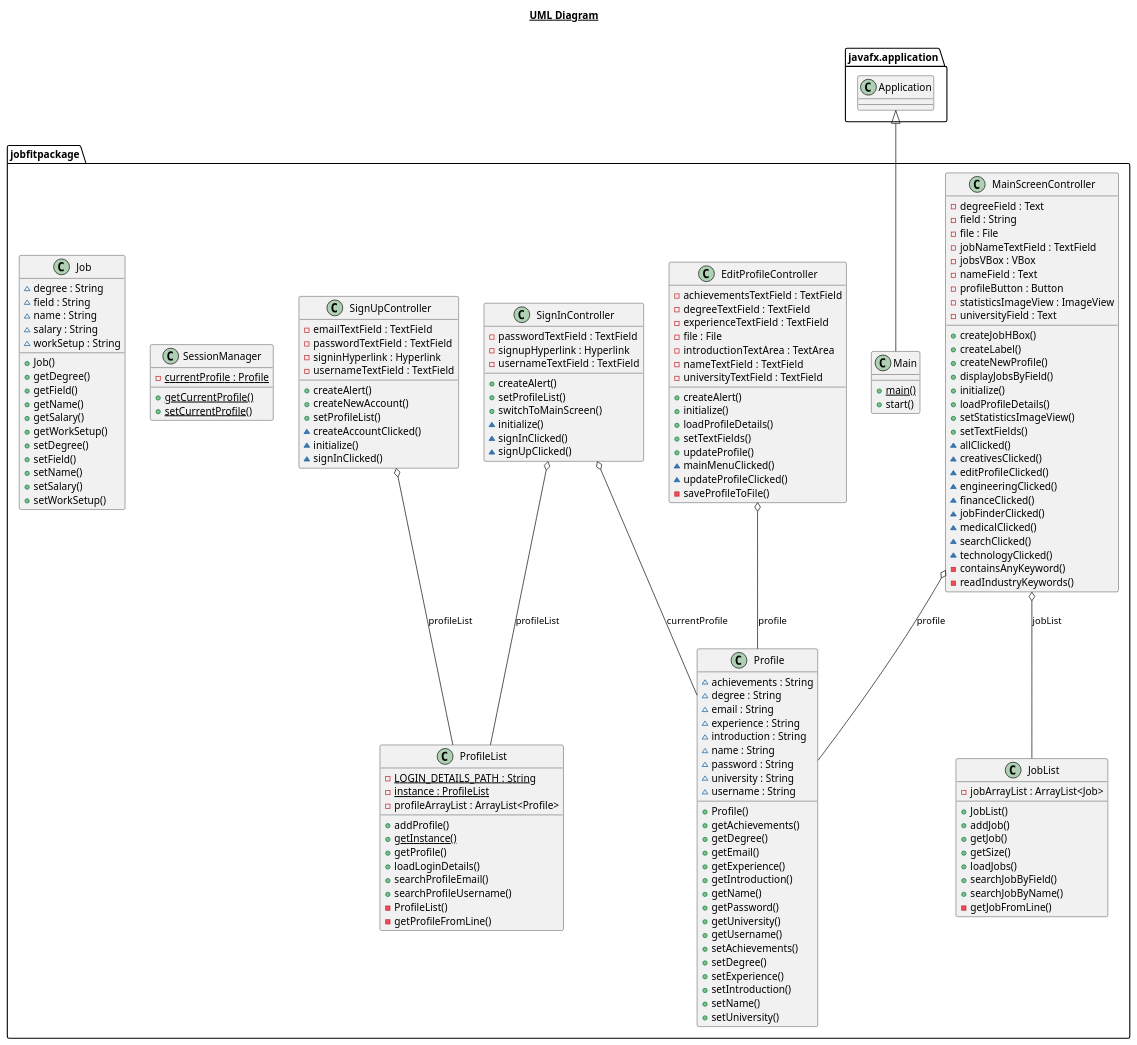
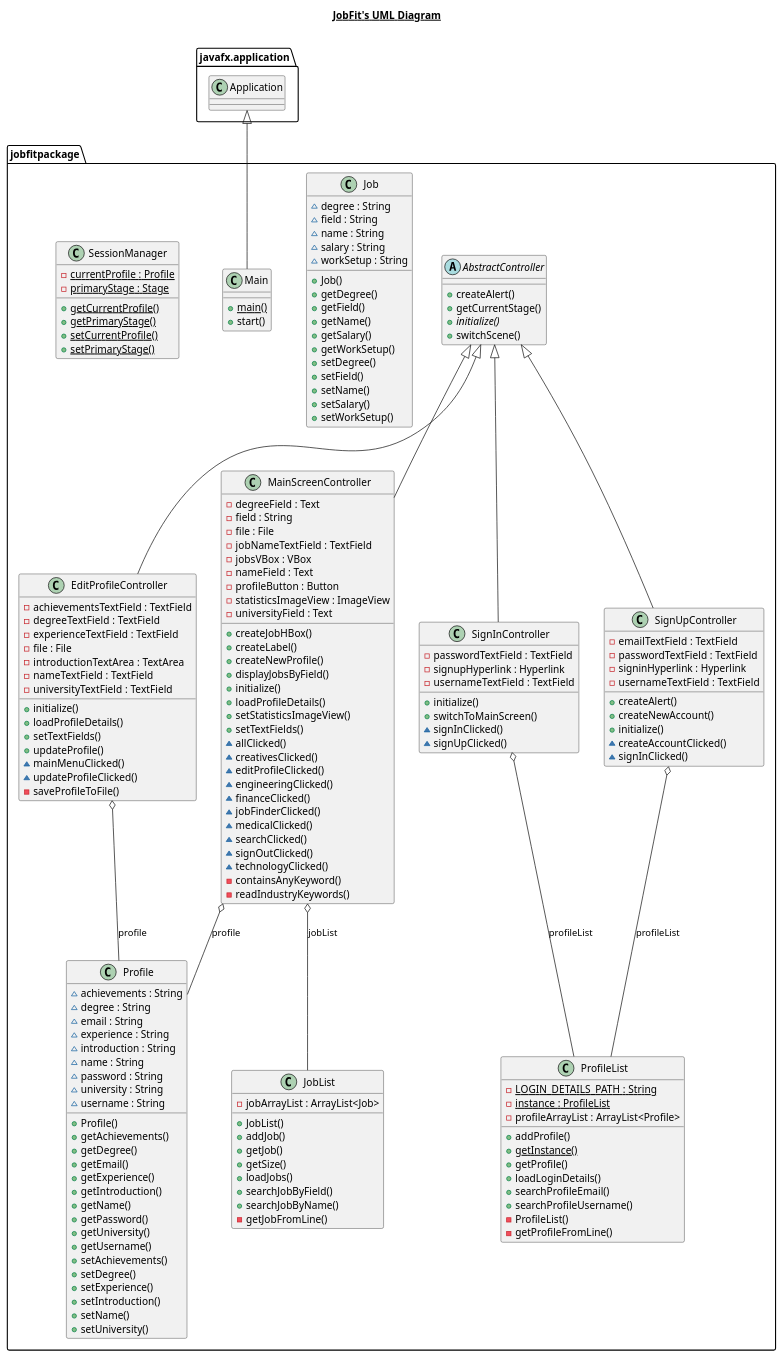
The diagram in JobFitPUML.plantuml (Cycromous/oo3RedProject), drawn with PlantUML before and after one commit. The commit also changed 4 other files, not shown here.

```diff
--- a/JobFitPUML.plantuml
+++ b/JobFitPUML.plantuml
@@ -1,11 +1,21 @@
 @startuml
 
-title __UML Diagram__\n
+title __JobFit's UML Diagram__\n
 
 set namespaceseparator none
 
 namespace javafx.application {
   class Application {}
+}
+
+
+namespace jobfitpackage {
+  abstract class AbstractController {
+      + createAlert()
+      + getCurrentStage()
+      {abstract} + initialize()
+      + switchScene()
+  }
 }
 
 namespace jobfitpackage {
@@ -17,7 +27,6 @@
       - introductionTextArea : TextArea
       - nameTextField : TextField
       - universityTextField : TextField
-      + createAlert()
       + initialize()
       + loadProfileDetails()
       + setTextFields()
@@ -29,34 +38,25 @@
 }
 
 namespace jobfitpackage {
-    class Profile {
-        ~ achievements : String
-        ~ degree : String
-        ~ email : String
-        ~ experience : String
-        ~ introduction : String
-        ~ name : String
-        ~ password : String
-        ~ university : String
-        ~ username : String
-        + Profile()
-        + getAchievements()
-        + getDegree()
-        + getEmail()
-        + getExperience()
-        + getIntroduction()
-        + getName()
-        + getPassword()
-        + getUniversity()
-        + getUsername()
-        + setAchievements()
-        + setDegree()
-        + setExperience()
-        + setIntroduction()
-        + setName()
-        + setUniversity()
-    }
+  class Job {
+      ~ degree : String
+      ~ field : String
+      ~ name : String
+      ~ salary : String
+      ~ workSetup : String
+      + Job()
+      + getDegree()
+      + getField()
+      + getName()
+      + getSalary()
+      + getWorkSetup()
+      + setDegree()
+      + setField()
+      + setName()
+      + setSalary()
+      + setWorkSetup()
   }
+}
 
 namespace jobfitpackage {
   class JobList {
@@ -106,9 +106,40 @@
       ~ jobFinderClicked()
       ~ medicalClicked()
       ~ searchClicked()
+      ~ signOutClicked()
       ~ technologyClicked()
       - containsAnyKeyword()
       - readIndustryKeywords()
+  }
+}
+
+namespace jobfitpackage {
+  class Profile {
+      ~ achievements : String
+      ~ degree : String
+      ~ email : String
+      ~ experience : String
+      ~ introduction : String
+      ~ name : String
+      ~ password : String
+      ~ university : String
+      ~ username : String
+      + Profile()
+      + getAchievements()
+      + getDegree()
+      + getEmail()
+      + getExperience()
+      + getIntroduction()
+      + getName()
+      + getPassword()
+      + getUniversity()
+      + getUsername()
+      + setAchievements()
+      + setDegree()
+      + setExperience()
+      + setIntroduction()
+      + setName()
+      + setUniversity()
   }
 }
 
@@ -129,14 +160,23 @@
 }
 
 namespace jobfitpackage {
+  class SessionManager {
+      {static} - currentProfile : Profile
+      {static} - primaryStage : Stage
+      {static} + getCurrentProfile()
+      {static} + getPrimaryStage()
+      {static} + setCurrentProfile()
+      {static} + setPrimaryStage()
+  }
+}
+
+namespace jobfitpackage {
   class SignInController {
       - passwordTextField : TextField
       - signupHyperlink : Hyperlink
       - usernameTextField : TextField
-      + createAlert()
-      + setProfileList()
+      + initialize()
       + switchToMainScreen()
-      ~ initialize()
       ~ signInClicked()
       ~ signUpClicked()
   }
@@ -150,49 +190,21 @@
       - usernameTextField : TextField
       + createAlert()
       + createNewAccount()
-      + setProfileList()
+      + initialize()
       ~ createAccountClicked()
-      ~ initialize()
       ~ signInClicked()
   }
 }
 
-namespace jobfitpackage {
-  class SessionManager {
-      {static} - currentProfile : Profile
-      {static} + getCurrentProfile()
-      {static} + setCurrentProfile()
-  }
-}
-
-namespace jobfitpackage {
-  class Job {
-      ~ degree : String
-      ~ field : String
-      ~ name : String
-      ~ salary : String
-      ~ workSetup : String
-      + Job()
-      + getDegree()
-      + getField()
-      + getName()
-      + getSalary()
-      + getWorkSetup()
-      + setDegree()
-      + setField()
-      + setName()
-      + setSalary()
-      + setWorkSetup()
-  }
-}
-
-
+EditProfileController -up-|> AbstractController
 EditProfileController o-- Profile : profile
 Main -up-|> Application
+MainScreenController -up-|> AbstractController
 MainScreenController o-- JobList : jobList
 MainScreenController o-- Profile : profile
-SignInController o-- Profile : currentProfile
+SignInController -up-|> AbstractController
 SignInController o-- ProfileList : profileList
+SignUpController -up-|> AbstractController
 SignUpController o-- ProfileList : profileList
 
 @enduml
```
